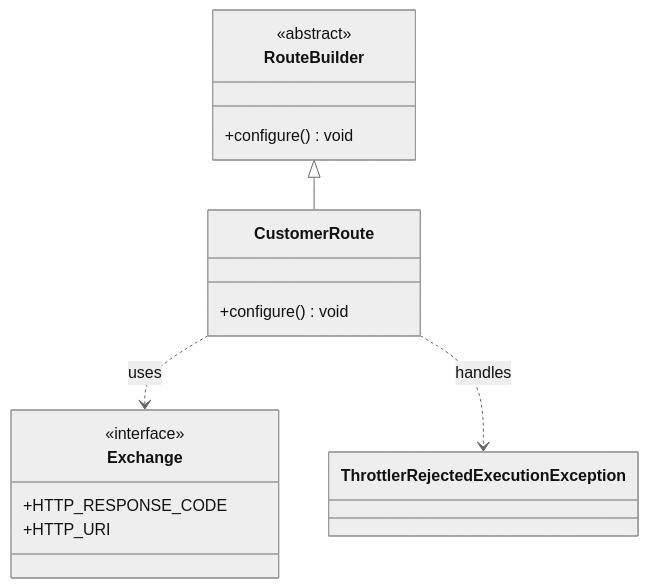
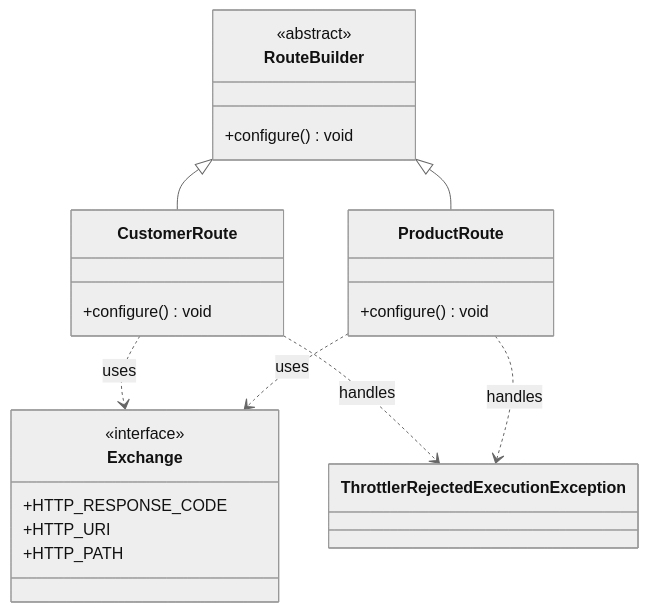
Before and after one commit to edwin/camel-native-gateway: the first of 3 diagrams in readme.md, drawn with Mermaid (neutral theme). The commit also changed other lines of this file, not shown here.

Commit message:
update sequence diagram :fish: :turtle: :mouse:

````diff
--- a/readme.md
+++ b/readme.md
@@ -18,25 +18,33 @@
 ```mermaid
 classDiagram
     class RouteBuilder {
         <<abstract>>
         +configure() void
     }
-    
+
     class CustomerRoute {
         +configure() void
     }
-    
+
+    class ProductRoute {
+        +configure() void
+    }
+
     RouteBuilder <|-- CustomerRoute
-    
+    RouteBuilder <|-- ProductRoute
+
     class Exchange {
         <<interface>>
         +HTTP_RESPONSE_CODE
         +HTTP_URI
+        +HTTP_PATH
     }
-    
+
     class ThrottlerRejectedExecutionException {
     }
-    
+
     CustomerRoute ..> Exchange : uses
     CustomerRoute ..> ThrottlerRejectedExecutionException : handles
+    ProductRoute ..> Exchange : uses
+    ProductRoute ..> ThrottlerRejectedExecutionException : handles
 ```
````
